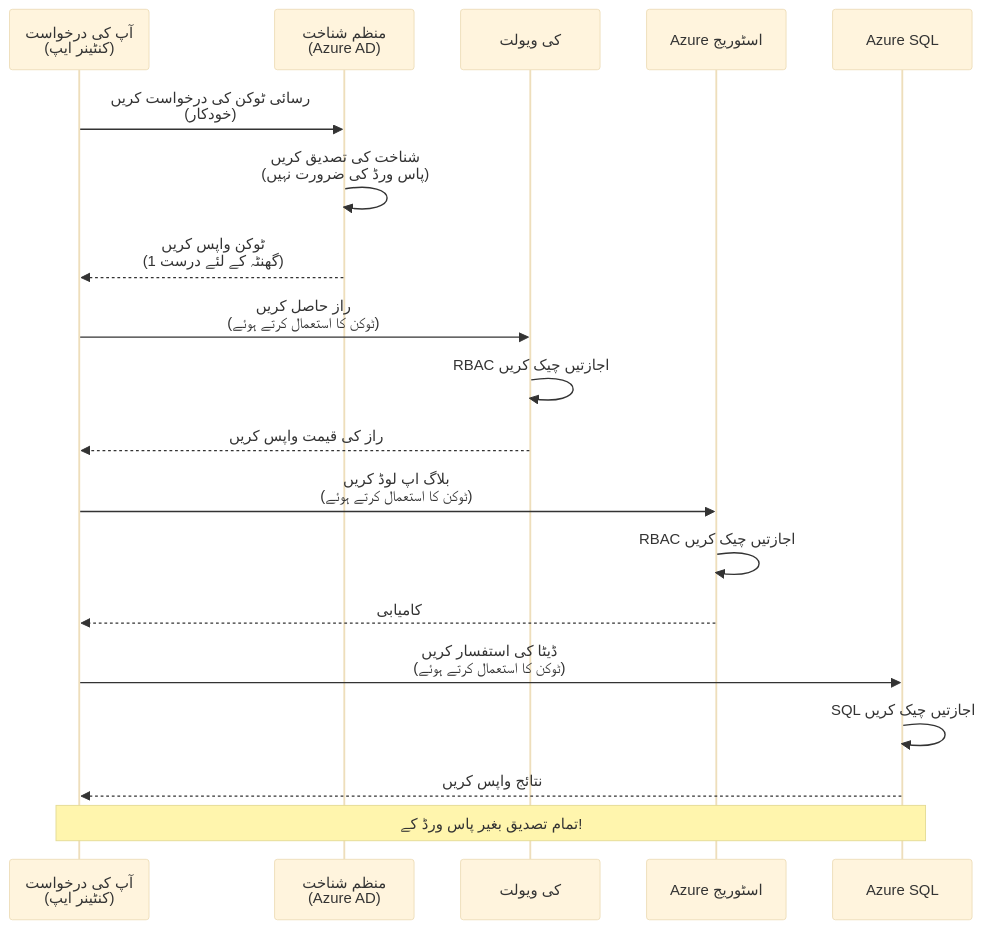
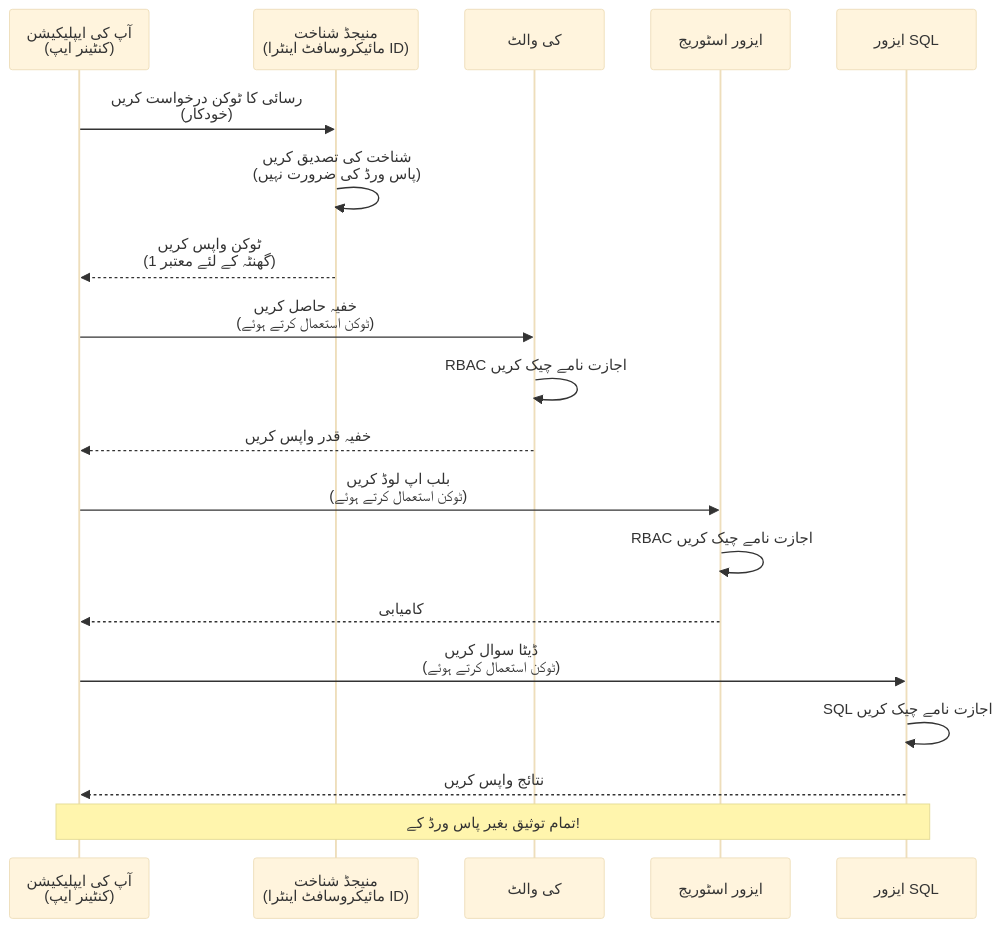
One commit to microsoft/AZD-for-beginners changed the first of 2 diagrams in translations/ur/docs/chapter-03-configuration/authsecurity.md. Above: the diagram before and after it, drawn with Mermaid (base theme). The commit also changed other lines of this file and 104 other files, not shown here.

````diff
--- a/translations/ur/docs/chapter-03-configuration/authsecurity.md
+++ b/translations/ur/docs/chapter-03-configuration/authsecurity.md
@@ -69,26 +69,26 @@
 ```mermaid
 sequenceDiagram
-    participant App as آپ کی درخواست<br/>(کنٹینر ایپ)
-    participant MI as منظم شناخت<br/>(Azure AD)
-    participant KV as کی ویولت
-    participant Storage as Azure اسٹوریج
-    participant DB as Azure SQL
+    participant App as آپ کی ایپلیکیشن<br/>(کنٹینر ایپ)
+    participant MI as منیجڈ شناخت<br/>(مائیکروسافٹ اینٹرا ID)
+    participant KV as کی والٹ
+    participant Storage as ایزور اسٹوریج
+    participant DB as ایزور SQL
     
-    App->>MI: رسائی ٹوکن کی درخواست کریں<br/>(خودکار)
+    App->>MI: رسائی کا ٹوکن درخواست کریں<br/>(خودکار)
     MI->>MI: شناخت کی تصدیق کریں<br/>(پاس ورڈ کی ضرورت نہیں)
-    MI-->>App: ٹوکن واپس کریں<br/>(1 گھنٹہ کے لئے درست)
+    MI-->>App: ٹوکن واپس کریں<br/>(1 گھنٹہ کے لئے معتبر)
     
-    App->>KV: راز حاصل کریں<br/>(ٹوکن کا استعمال کرتے ہوئے)
-    KV->>KV: RBAC اجازتیں چیک کریں
-    KV-->>App: راز کی قیمت واپس کریں
+    App->>KV: خفیہ حاصل کریں<br/>(ٹوکن استعمال کرتے ہوئے)
+    KV->>KV: RBAC اجازت نامے چیک کریں
+    KV-->>App: خفیہ قدر واپس کریں
     
-    App->>Storage: بلاگ اپ لوڈ کریں<br/>(ٹوکن کا استعمال کرتے ہوئے)
-    Storage->>Storage: RBAC اجازتیں چیک کریں
+    App->>Storage: بلب اپ لوڈ کریں<br/>(ٹوکن استعمال کرتے ہوئے)
+    Storage->>Storage: RBAC اجازت نامے چیک کریں
     Storage-->>App: کامیابی
     
-    App->>DB: ڈیٹا کی استفسار کریں<br/>(ٹوکن کا استعمال کرتے ہوئے)
-    DB->>DB: SQL اجازتیں چیک کریں
+    App->>DB: ڈیٹا سوال کریں<br/>(ٹوکن استعمال کرتے ہوئے)
+    DB->>DB: SQL اجازت نامے چیک کریں
     DB-->>App: نتائج واپس کریں
     
-    Note over App,DB: تمام تصدیق بغیر پاس ورڈ کے!
+    Note over App,DB: تمام توثیق بغیر پاس ورڈ کے!
 ```
````
